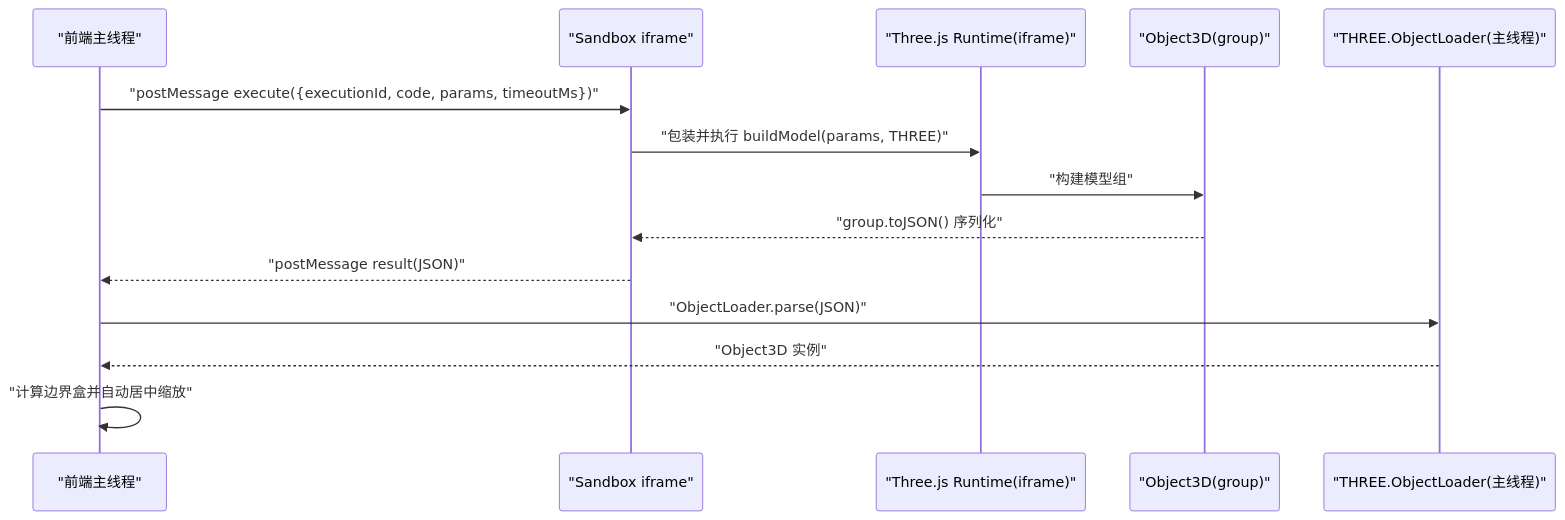
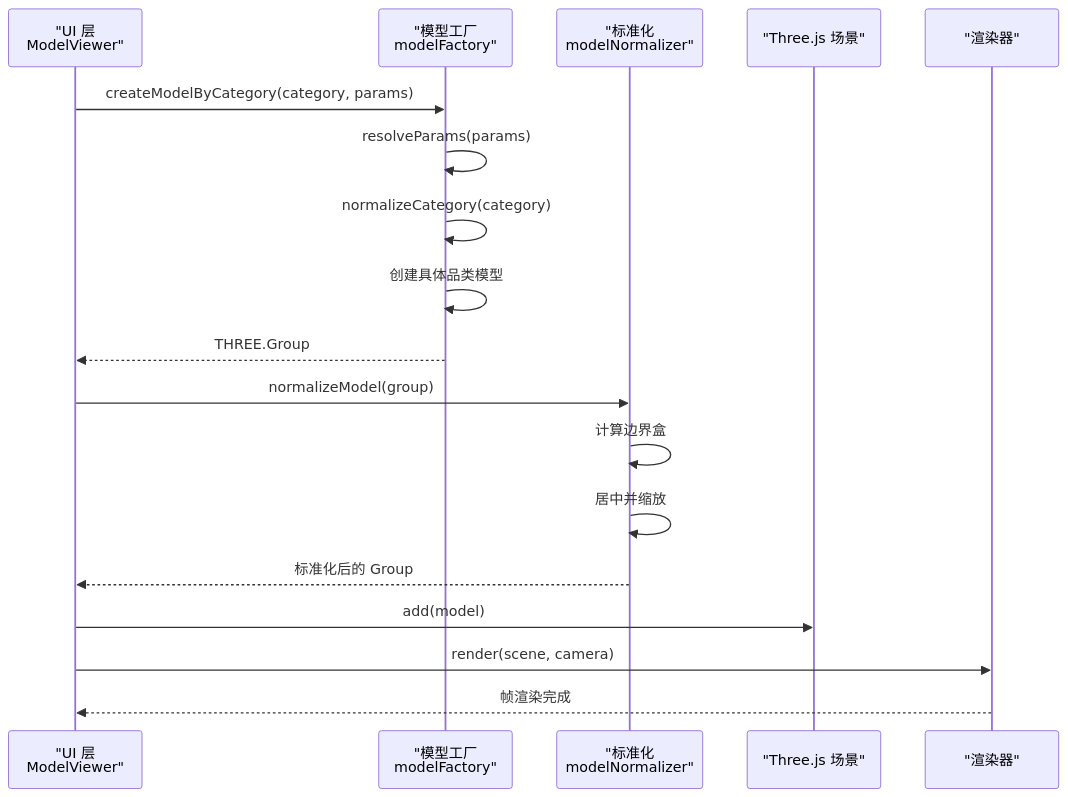
The second of 3 diagrams in .qoder/repowiki/zh/content/核心功能模块/3D 渲染系统.md (MrXujiang/ApexForge), drawn with Mermaid before and after one commit. The commit also changed other lines of this file and 84 other files, not shown here.

````diff
--- a/.qoder/repowiki/zh/content/核心功能模块/3D 渲染系统.md
+++ b/.qoder/repowiki/zh/content/核心功能模块/3D 渲染系统.md
@@ -75,16 +117,20 @@
 ```mermaid
 sequenceDiagram
-participant FE as "前端主线程"
-participant IF as "Sandbox iframe"
-participant RT as "Three.js Runtime(iframe)"
-participant OBJ as "Object3D(group)"
-participant LO as "THREE.ObjectLoader(主线程)"
-FE->>IF : "postMessage execute({executionId, code, params, timeoutMs})"
-IF->>RT : "包装并执行 buildModel(params, THREE)"
-RT->>OBJ : "构建模型组"
-OBJ-->>IF : "group.toJSON() 序列化"
-IF-->>FE : "postMessage result(JSON)"
-FE->>LO : "ObjectLoader.parse(JSON)"
-LO-->>FE : "Object3D 实例"
-FE->>FE : "计算边界盒并自动居中缩放"
+participant UI as "UI 层<br/>ModelViewer"
+participant Factory as "模型工厂<br/>modelFactory"
+participant Normalizer as "标准化<br/>modelNormalizer"
+participant Scene as "Three.js 场景"
+participant Renderer as "渲染器"
+UI->>Factory : createModelByCategory(category, params)
+Factory->>Factory : resolveParams(params)
+Factory->>Factory : normalizeCategory(category)
+Factory->>Factory : 创建具体品类模型
+Factory-->>UI : THREE.Group
+UI->>Normalizer : normalizeModel(group)
+Normalizer->>Normalizer : 计算边界盒
+Normalizer->>Normalizer : 居中并缩放
+Normalizer-->>UI : 标准化后的 Group
+UI->>Scene : add(model)
+UI->>Renderer : render(scene, camera)
+Renderer-->>UI : 帧渲染完成
 ```
````
